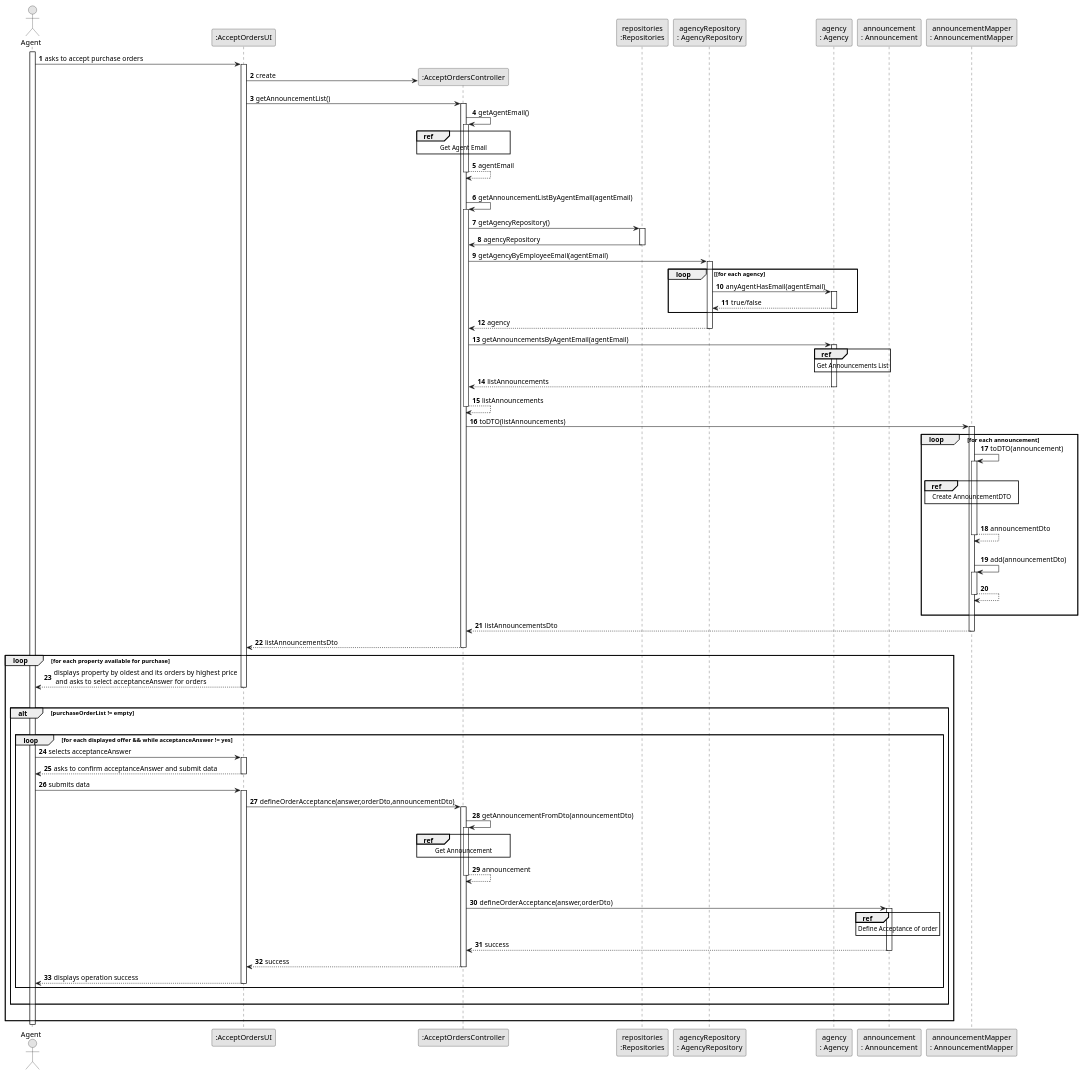
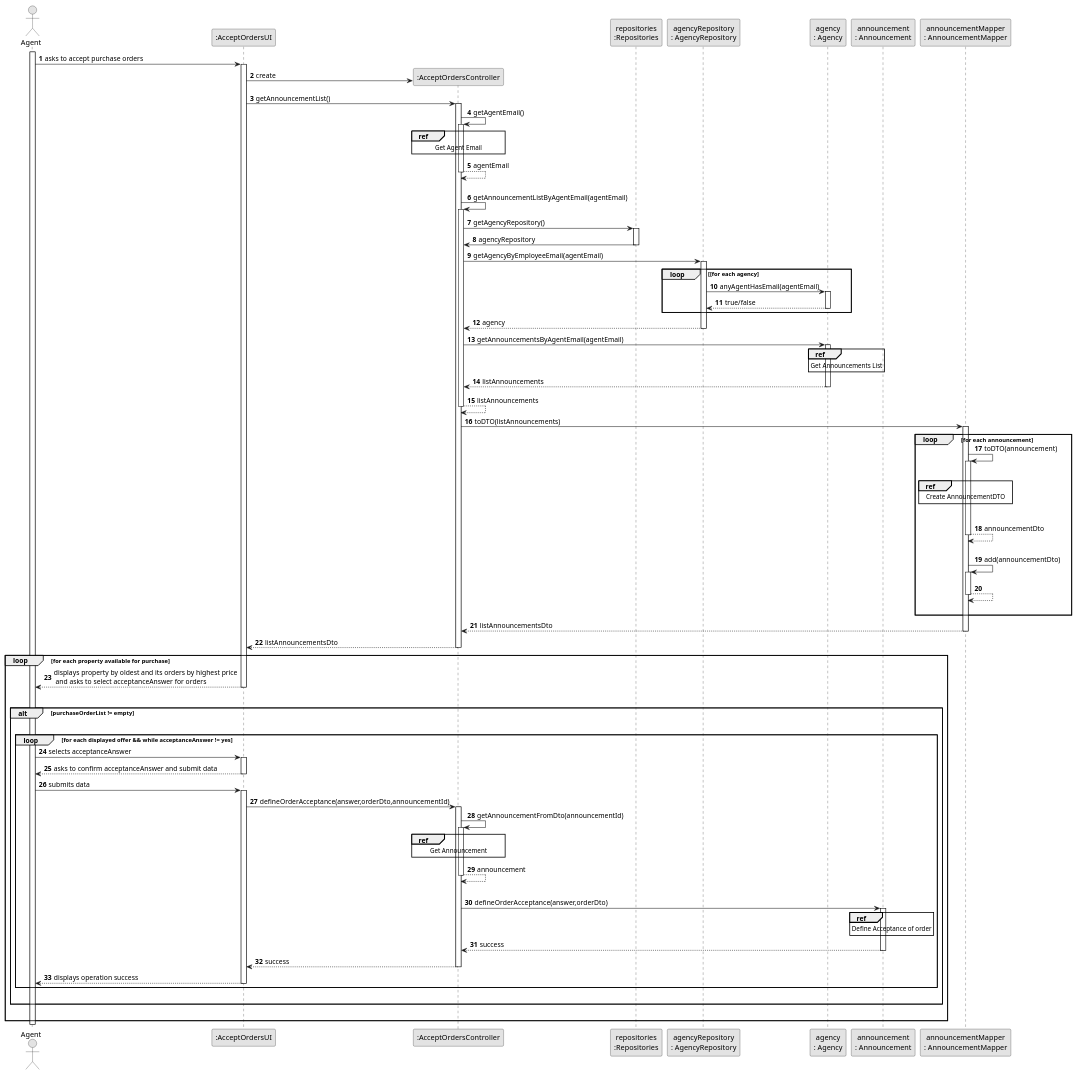
Before and after one commit to rita-barbosa/LAPR2-2223: the diagram in docs/sprintC/us011/03.design/puml/us011-sequence-diagram-split.puml, drawn with PlantUML. The commit also changed 11 other files, not shown here.

Commit message:
Update diagrams: sequence & class [US011][Design][#05 Task]

```diff
--- a/docs/sprintC/us011/03.design/puml/us011-sequence-diagram-split.puml
+++ b/docs/sprintC/us011/03.design/puml/us011-sequence-diagram-split.puml
@@ -1,160 +1,160 @@
 @startuml
 skinparam monochrome true
 skinparam packageStyle rectangle
 skinparam shadowing false
 
 autonumber
 
 'hide footbox
 actor "Agent" as ADM
  participant ":AcceptOrdersUI" as UI
  participant ":AcceptOrdersController" as CTRL
  participant "repositories\n:Repositories" as PLAT
  participant "agencyRepository\n: AgencyRepository" as AgRep
  participant "agency\n: Agency" as AGENCY
  participant "announcement\n: Announcement" as Announce
  participant "announcementMapper\n: AnnouncementMapper" as AnnMAPPER
 
 activate ADM
     ADM -> UI : asks to accept purchase orders
     activate UI
 
     UI -> CTRL** : create
 
     UI -> CTRL : getAnnouncementList()
     activate CTRL
 
     CTRL -> CTRL : getAgentEmail()
     activate CTRL
 
         ref over CTRL
             Get Agent Email
         end ref
 
      CTRL --> CTRL : agentEmail
      deactivate CTRL
 
      |||
      CTRL -> CTRL: getAnnouncementListByAgentEmail(agentEmail)
      activate CTRL
 
      CTRL -> PLAT :  getAgencyRepository()
      activate PLAT
 
      PLAT -> CTRL : agencyRepository
      deactivate PLAT
      CTRL -> AgRep: getAgencyByEmployeeEmail(agentEmail)
      activate AgRep
 
          loop [for each agency
              AgRep -> AGENCY : anyAgentHasEmail(agentEmail)
              activate AGENCY
 
                   AGENCY --> AgRep : true/false
              deactivate AGENCY
          end
          AgRep --> CTRL : agency
      deactivate AgRep
 
      CTRL -> AGENCY: getAnnouncementsByAgentEmail(agentEmail)
      activate AGENCY
 
      ref over AGENCY
         Get Announcements List
      end ref
 
      AGENCY --> CTRL : listAnnouncements
      deactivate AGENCY
 
      CTRL --> CTRL: listAnnouncements
      deactivate CTRL
 
     CTRL -> AnnMAPPER : toDTO(listAnnouncements)
          activate AnnMAPPER
 
             loop for each announcement
 
             AnnMAPPER -> AnnMAPPER : toDTO(announcement)
             activate AnnMAPPER
                  |||
                  ref over AnnMAPPER
                       Create AnnouncementDTO
                  end ref
             |||
             AnnMAPPER --> AnnMAPPER: announcementDto
             deactivate AnnMAPPER
             |||
             AnnMAPPER -> AnnMAPPER: add(announcementDto)
             activate AnnMAPPER
 
             AnnMAPPER --> AnnMAPPER:
             deactivate AnnMAPPER
 
             |||
             end loop
 
          AnnMAPPER --> CTRL : listAnnouncementsDto
          deactivate AnnMAPPER
 
      CTRL --> UI: listAnnouncementsDto
      deactivate CTRL
 
     loop for each property available for purchase
 
     UI --> ADM : displays property by oldest and its orders by highest price\n and asks to select acceptanceAnswer for orders
     deactivate UI
         |||
         alt purchaseOrderList != empty
             |||
             loop for each displayed offer && while acceptanceAnswer != yes
 
             ADM -> UI  : selects acceptanceAnswer
             activate UI
 
             UI --> ADM : asks to confirm acceptanceAnswer and submit data
             deactivate UI
 
             ADM -> UI  : submits data
             activate UI
 
-            UI -> CTRL : defineOrderAcceptance(answer,orderDto,announcementDto)
+            UI -> CTRL : defineOrderAcceptance(answer,orderDto,announcementId)
             activate CTRL
 
-            CTRL -> CTRL: getAnnouncementFromDto(announcementDto)
+            CTRL -> CTRL: getAnnouncementFromDto(announcementId)
             activate CTRL
 
                 ref over CTRL
                     Get Announcement
                 end ref
 
             CTRL --> CTRL : announcement
             deactivate CTRL
 
             |||
             CTRL-> Announce : defineOrderAcceptance(answer,orderDto)
             activate Announce
 
             ref over Announce
                 Define Acceptance of order
             end ref
 
             Announce --> CTRL : success
             deactivate Announce
 
             CTRL --> UI : success
             deactivate CTRL
 
             UI --> ADM : displays operation success
             deactivate UI
 
             end loop
         |||
         end alt
     |||
     end loop
 
     deactivate ADM
 
 
 
 @enduml
```
